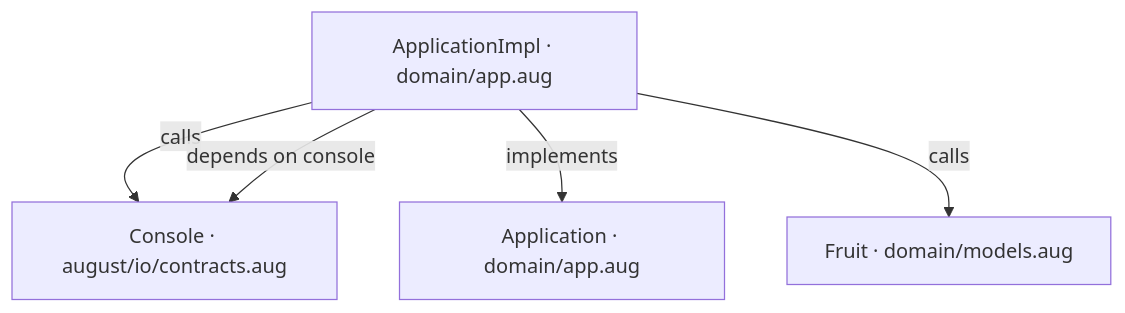
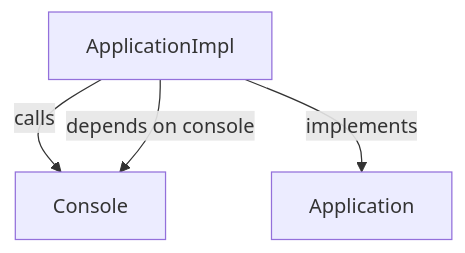
Before and after one commit to GreenPandaStudios/augscript: the first of 3 diagrams in docs/examples/approved-design/domain/app-diagrams.md, drawn with Mermaid. The commit also changed other lines of this file and 524 other files, not shown here.

Commit message:
Explain checked data flow at folder and service levels

````diff
--- a/docs/examples/approved-design/domain/app-diagrams.md
+++ b/docs/examples/approved-design/domain/app-diagrams.md
@@ -19,11 +19,9 @@
 ```mermaid
 flowchart TD
-    n0["Console · august/io/contracts.aug"]
-    n1["Application · domain/app.aug"]
-    n2["ApplicationImpl · domain/app.aug"]
-    n3["Fruit · domain/models.aug"]
+    n0["Console"]
+    n1["Application"]
+    n2["ApplicationImpl"]
     n2 -->|"calls"| n0
     n2 -->|"depends on console"| n0
     n2 -->|"implements"| n1
-    n2 -->|"calls"| n3
 ```
````
